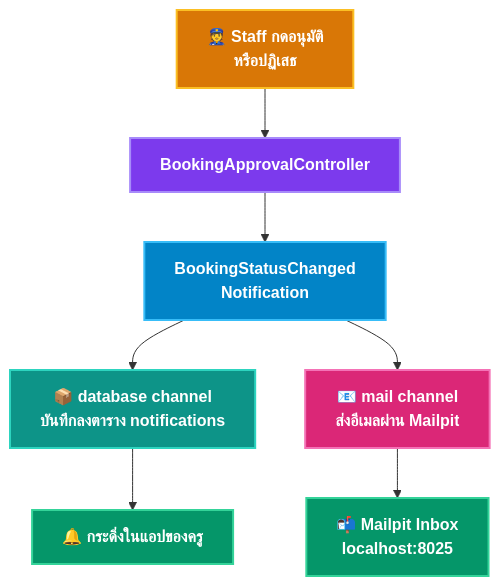
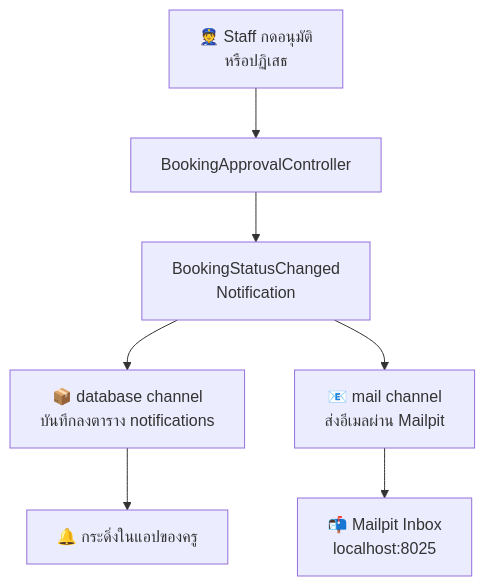
One commit to Krungsri/laravel-vibecode changed the second of 2 diagrams in 03-workshop-phase2.md. Above: the diagram before and after it, drawn with Mermaid. The commit also changed other lines of this file and 3 other files, not shown here.

Commit message:
style: remove hardcoded Mermaid styles, fix overflow in requirements chart, and invert Anthropic logo in light mode

````diff
--- a/03-workshop-phase2.md
+++ b/03-workshop-phase2.md
@@ -115,17 +112,10 @@
 ```mermaid
 flowchart TD
     A["👮 Staff กดอนุมัติ<br>หรือปฏิเสธ"] --> B["BookingApprovalController"]
     B --> C["BookingStatusChanged<br>Notification"]
     C --> D["📦 database channel<br>บันทึกลงตาราง notifications"]
     C --> E["📧 mail channel<br>ส่งอีเมลผ่าน Mailpit"]
     D --> F["🔔 กระดิ่งในแอปของครู"]
     E --> G["📬 Mailpit Inbox<br>localhost:8025"]
 
-    style A fill:#d97706,stroke:#fbbf24,stroke-width:2px,color:#ffffff,font-weight:bold
-    style B fill:#7c3aed,stroke:#a78bfa,stroke-width:2px,color:#ffffff,font-weight:bold
-    style C fill:#0284c7,stroke:#38bdf8,stroke-width:2px,color:#ffffff,font-weight:bold
-    style D fill:#0d9488,stroke:#2dd4bf,stroke-width:2px,color:#ffffff,font-weight:bold
-    style E fill:#db2777,stroke:#f472b6,stroke-width:2px,color:#ffffff,font-weight:bold
-    style F fill:#059669,stroke:#34d399,stroke-width:2px,color:#ffffff,font-weight:bold
-    style G fill:#059669,stroke:#34d399,stroke-width:2px,color:#ffffff,font-weight:bold
 ```
````
